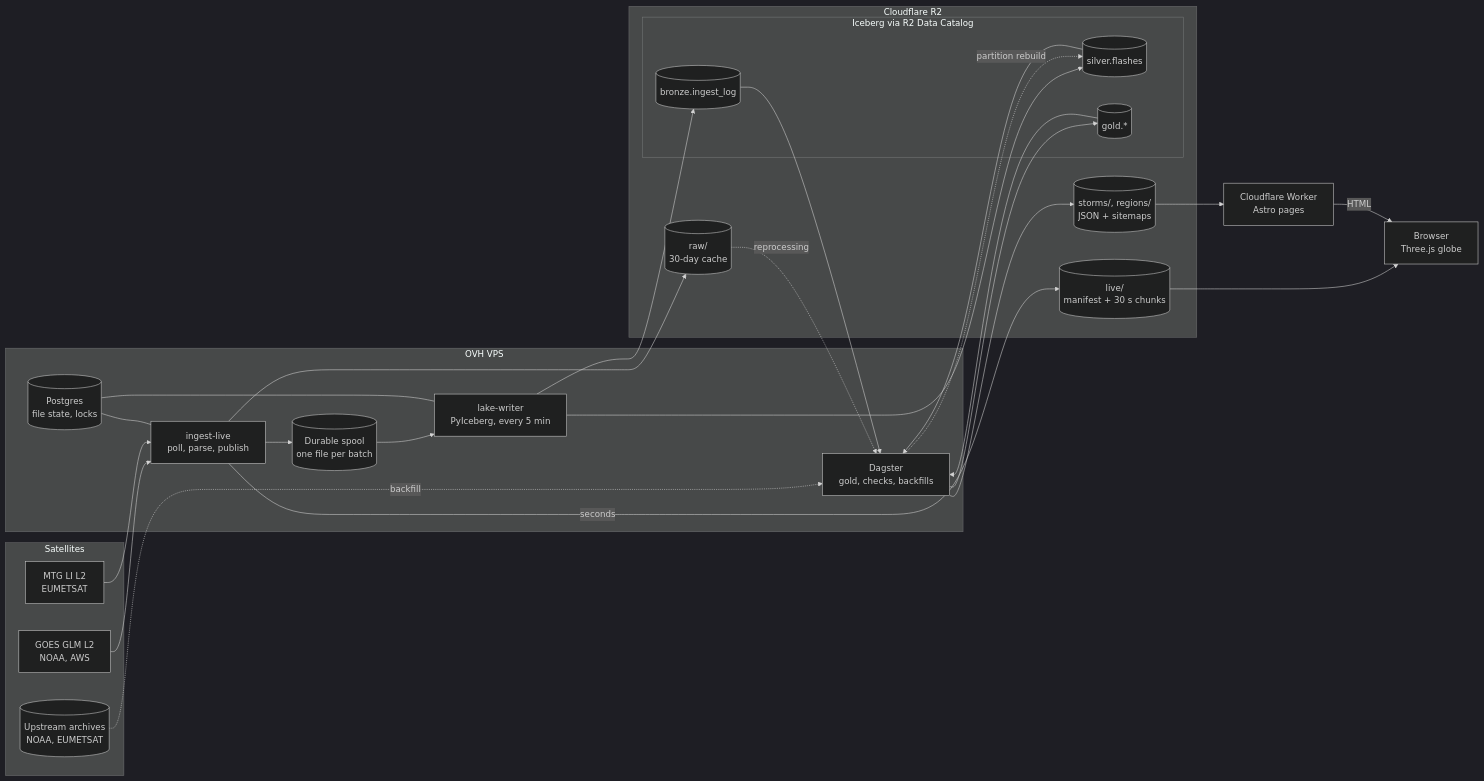
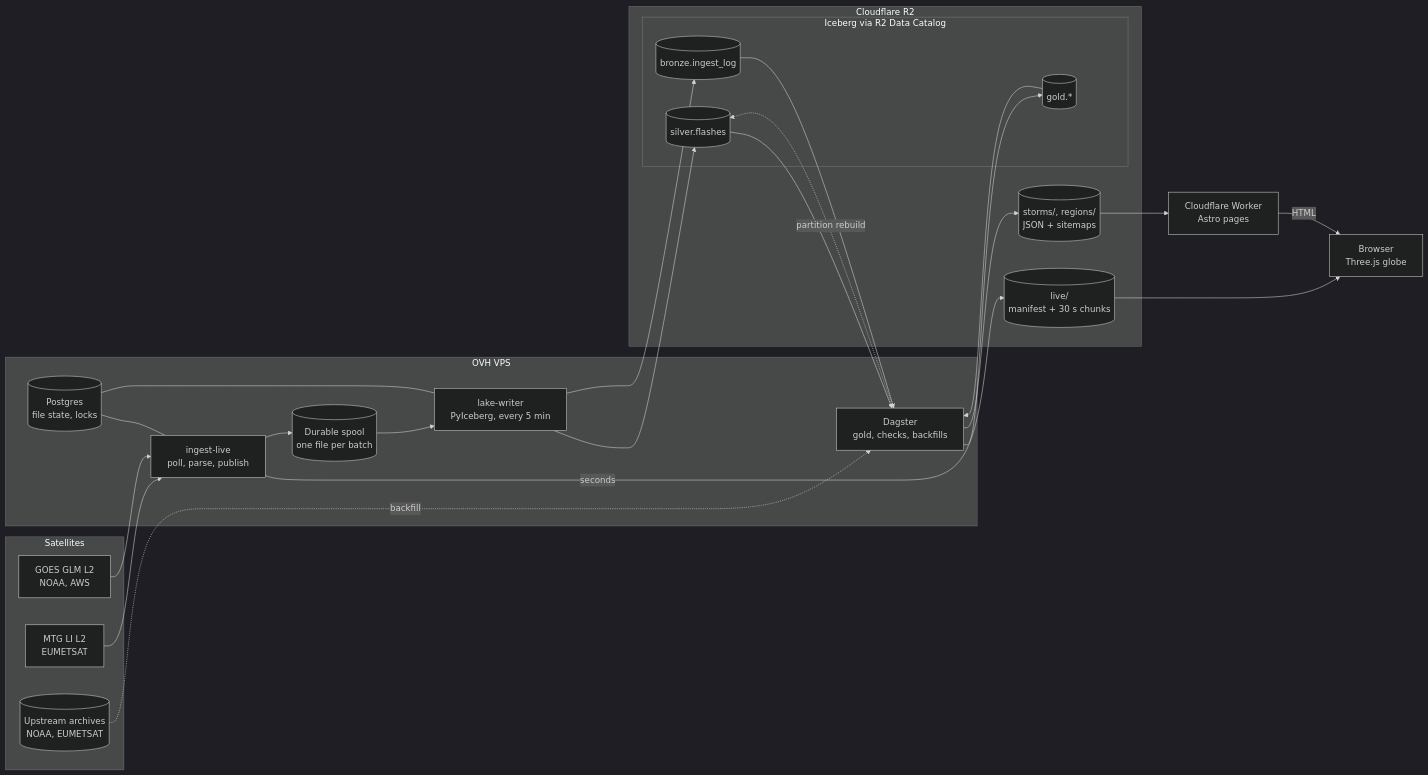
One commit to pierregc/scintille changed the diagram in docs/architecture.md. Above: the diagram before and after it, drawn with Mermaid (dark theme). The commit also changed 18 other files, not shown here.

Commit message:
fix: stop copying GLM files to the raw cache

````diff
--- a/docs/architecture.md
+++ b/docs/architecture.md
@@ -7,52 +7,49 @@
 ```mermaid
 flowchart LR
     subgraph sources["Satellites"]
         glm["GOES GLM L2<br/>NOAA, AWS"]
         li["MTG LI L2<br/>EUMETSAT"]
         archives[("Upstream archives<br/>NOAA, EUMETSAT")]
     end
 
     subgraph vps["OVH VPS"]
         live_proc["ingest-live<br/>poll, parse, publish"]
         spool[("Durable spool<br/>one file per batch")]
         writer["lake-writer<br/>PyIceberg, every 5 min"]
         pg[("Postgres<br/>file state, locks")]
         dagster["Dagster<br/>gold, checks, backfills"]
     end
 
     subgraph r2["Cloudflare R2"]
-        raw[("raw/<br/>30-day cache")]
         live[("live/<br/>manifest + 30 s chunks")]
         subgraph lake["Iceberg via R2 Data Catalog"]
             bronze[("bronze.ingest_log")]
             silver[("silver.flashes")]
             gold[("gold.*")]
         end
         pub[("storms/, regions/<br/>JSON + sitemaps")]
     end
 
     worker["Cloudflare Worker<br/>Astro pages"]
     browser["Browser<br/>Three.js globe"]
 
     glm --> live_proc
     li --> live_proc
-    live_proc --> raw
     live_proc -->|seconds| live
     live_proc --> spool
     spool --> writer
     writer --> silver
     writer --> bronze
     pg --- live_proc
     pg --- writer
     silver --> dagster
     bronze --> dagster
     dagster --> gold
     gold --> dagster
     dagster --> pub
     archives -.->|backfill| dagster
-    raw -.->|reprocessing| dagster
     dagster -.->|partition rebuild| silver
     live --> browser
     pub --> worker
     worker -->|HTML| browser
 ```
````
